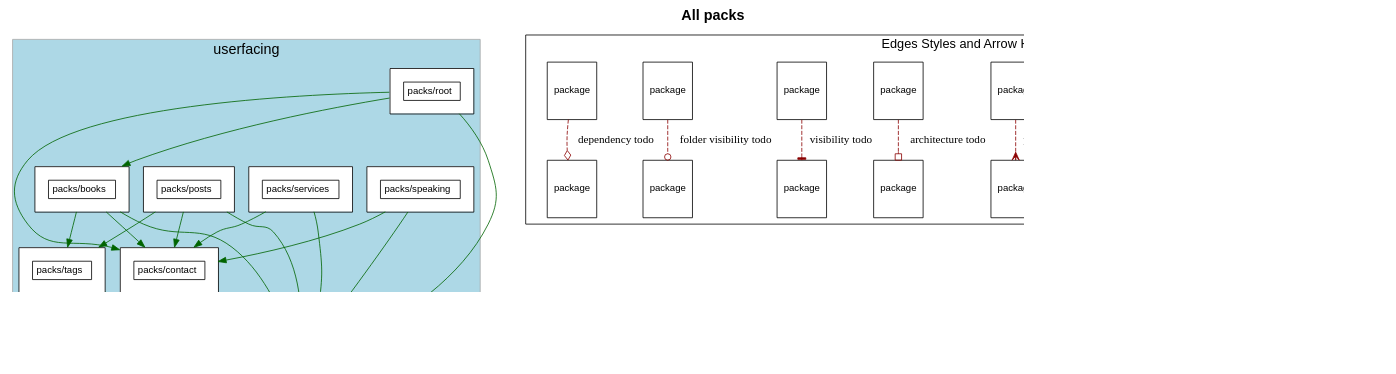
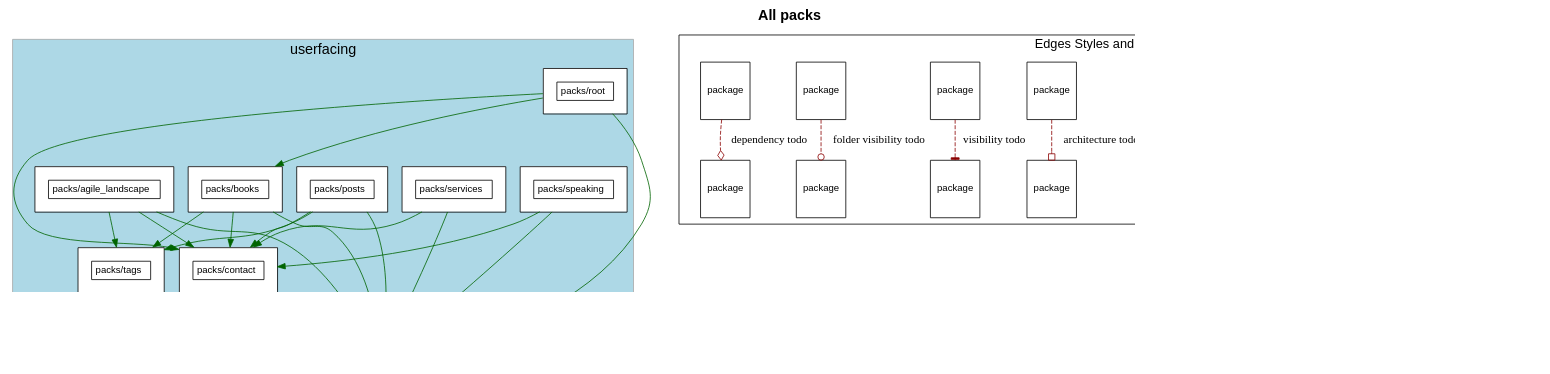
One commit to shageman/stephanhagemann.com changed the diagram in packs.dot. Above: the diagram before and after it, drawn with Graphviz. The commit also changed 18 other files, not shown here.

Commit message:
Agile Landscape: added

```diff
--- a/packs.dot
+++ b/packs.dot
@@ -33,7 +33,19 @@
       style=filled
         label="userfacing"
         cluster=true
-        rank = 1        "packs/books" [
+        rank = 1        "packs/agile_landscape" [
+            fontsize=12.0
+            label= <
+                <table border='0' cellborder='1' cellspacing='0' cellpadding='16'><tr><td>
+                  <table border='0' cellborder='1' cellspacing='0' cellpadding='4'>
+                    <tr> <td port='private'> packs/agile_landscape </td> </tr>
+                  </table>
+                  </td></tr>
+                  </table>
+              >
+          ]
+        
+        "packs/books" [
             fontsize=12.0
             label= <
                 <table border='0' cellborder='1' cellspacing='0' cellpadding='16'><tr><td>
@@ -138,6 +150,7 @@
           ]
         
     }
+              "packs/agile_landscape" -> "packs/rails_shims" [ style=invis ]
               "packs/books" -> "packs/rails_shims" [ style=invis ]
               "packs/contact" -> "packs/rails_shims" [ style=invis ]
               "packs/posts" -> "packs/rails_shims" [ style=invis ]
@@ -152,6 +165,9 @@
       style=filled
         cluster=false
     }
+          "packs/agile_landscape" -> "packs/contact" [ color=darkgreen ]
+          "packs/agile_landscape" -> "packs/rails_shims" [ color=darkgreen ]
+          "packs/agile_landscape" -> "packs/tags" [ color=darkgreen ]
           "packs/books" -> "packs/contact" [ color=darkgreen ]
           "packs/books" -> "packs/rails_shims" [ color=darkgreen ]
           "packs/books" -> "packs/tags" [ color=darkgreen ]
```
